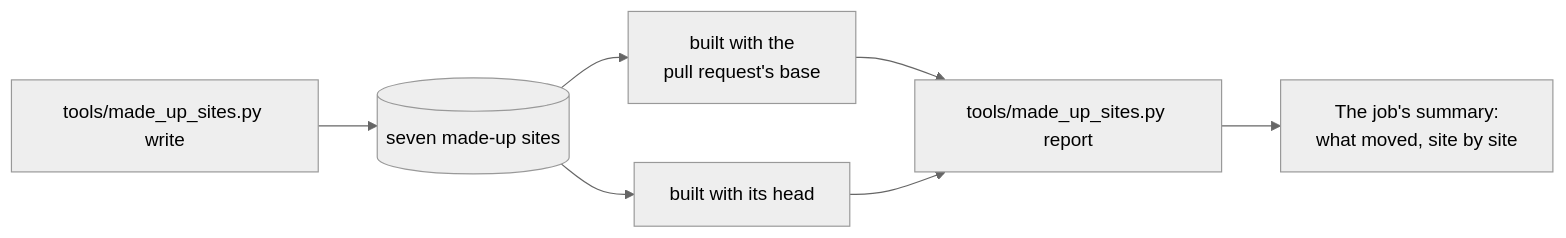
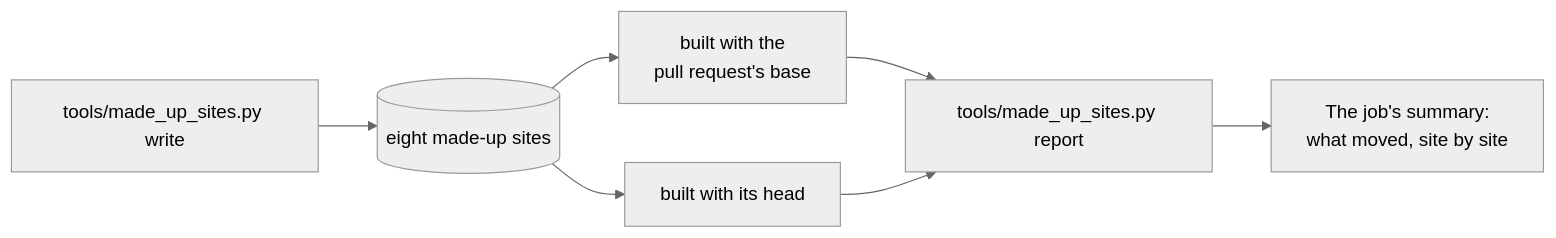
One commit to populii/domus changed the diagram in CONTRIBUTING.md. Above: the diagram before and after it, drawn with Mermaid (neutral theme). The commit also changed other lines of this file and 36 other files, not shown here.

````diff
--- a/CONTRIBUTING.md
+++ b/CONTRIBUTING.md
@@ -152,9 +160,9 @@
 ```mermaid
 flowchart LR
-  W["tools/made_up_sites.py write"] --> S[(seven made-up sites)]
+  W["tools/made_up_sites.py write"] --> S[(eight made-up sites)]
   S --> B["built with the<br/>pull request's base"]
   S --> H["built with its head"]
   B --> R["tools/made_up_sites.py report"]
   H --> R
   R --> M["The job's summary:<br/>what moved, site by site"]
 ```
````
